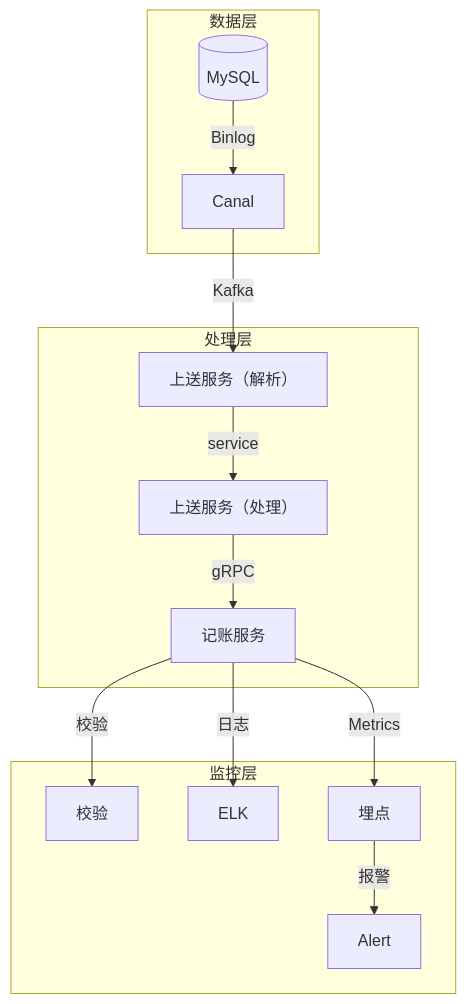
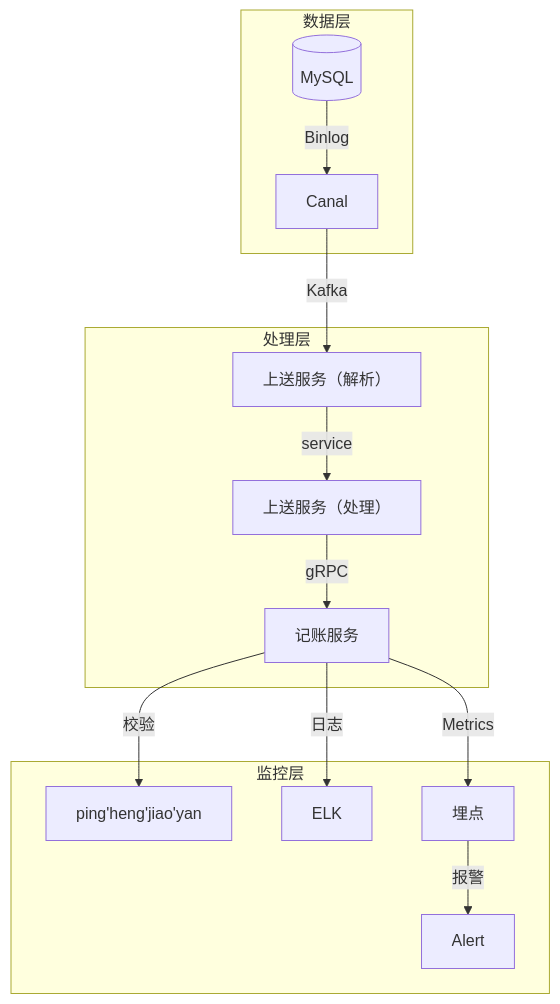
The diagram in all/未命名.md (87828943/iodraw-files), drawn with Mermaid before and after one commit.

Commit message:
2025-07-01 10:45:43 update

````diff
--- a/all/未命名.md
+++ b/all/未命名.md
@@ -1,17 +1,17 @@
 ```mermaid
 graph TB
     subgraph 数据层
         DB[(MySQL)] -->|Binlog| Canal
     end
     subgraph 处理层
         Canal -->|Kafka| Parser[上送服务（解析）]
         Parser -->|service| Engine[上送服务（处理）]
         Engine -->|gRPC| Accounting[记账服务]
     end
     subgraph 监控层
-        Accounting --> |校验|jiaoyan[校验]
+        Accounting --> |校验|jiaoyan[ping'heng'jiao'yan]
         Accounting -->|日志| ELK
         Accounting -->|Metrics| 埋点
         埋点 -->|报警| Alert
     end
 ```
````
